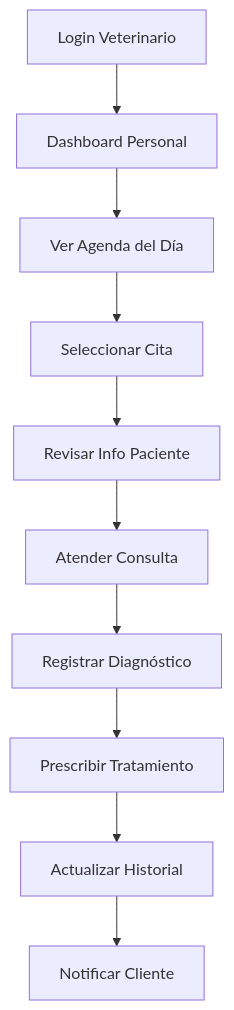
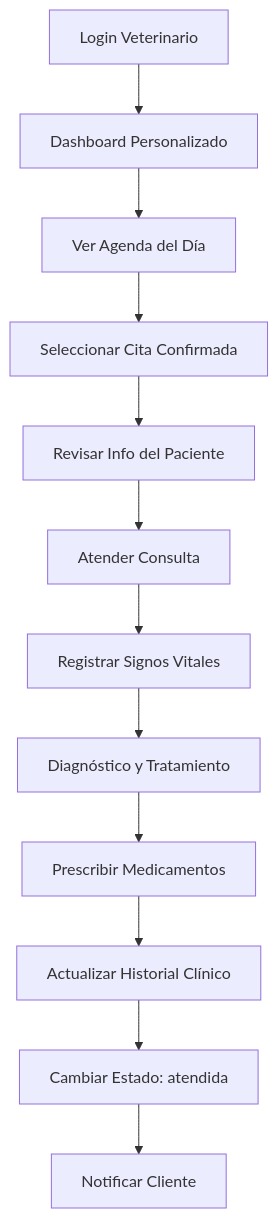
The third of 5 diagrams in README.md (AnalizaJech/PetLA-Front), drawn with Mermaid before and after one commit. The commit also changed other lines of this file, not shown here.

````diff
--- a/README.md
+++ b/README.md
@@ -249,12 +246,14 @@
 ```mermaid
 graph TD
-    A[Login Veterinario] --> B[Dashboard Personal]
+    A[Login Veterinario] --> B[Dashboard Personalizado]
     B --> C[Ver Agenda del Día]
-    C --> D[Seleccionar Cita]
-    D --> E[Revisar Info Paciente]
+    C --> D[Seleccionar Cita Confirmada]
+    D --> E[Revisar Info del Paciente]
     E --> F[Atender Consulta]
-    F --> G[Registrar Diagnóstico]
-    G --> H[Prescribir Tratamiento]
-    H --> I[Actualizar Historial]
-    I --> J[Notificar Cliente]
+    F --> G[Registrar Signos Vitales]
+    G --> H[Diagnóstico y Tratamiento]
+    H --> I[Prescribir Medicamentos]
+    I --> J[Actualizar Historial Clínico]
+    J --> K[Cambiar Estado: atendida]
+    K --> L[Notificar Cliente]
 ```
````
